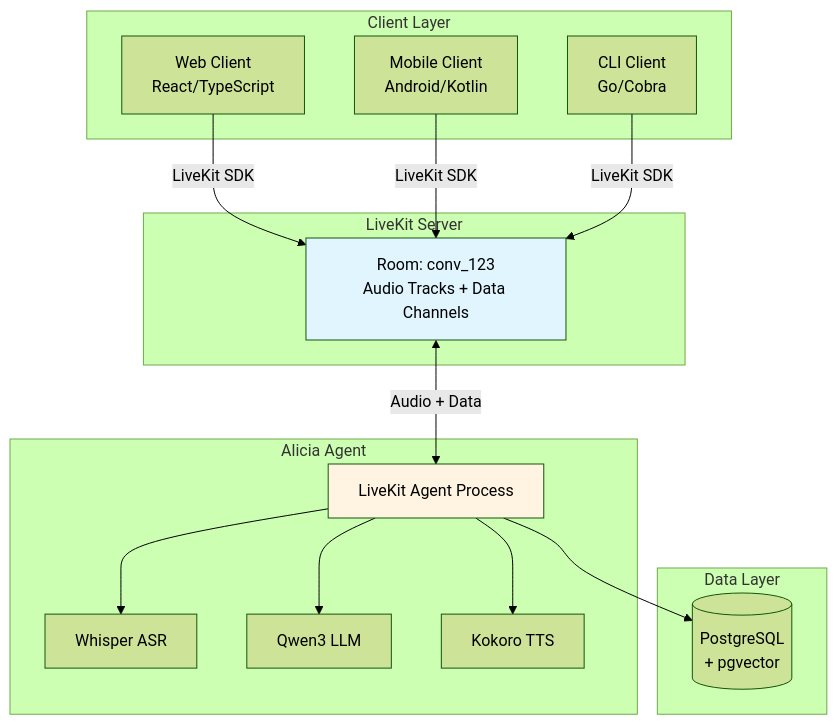
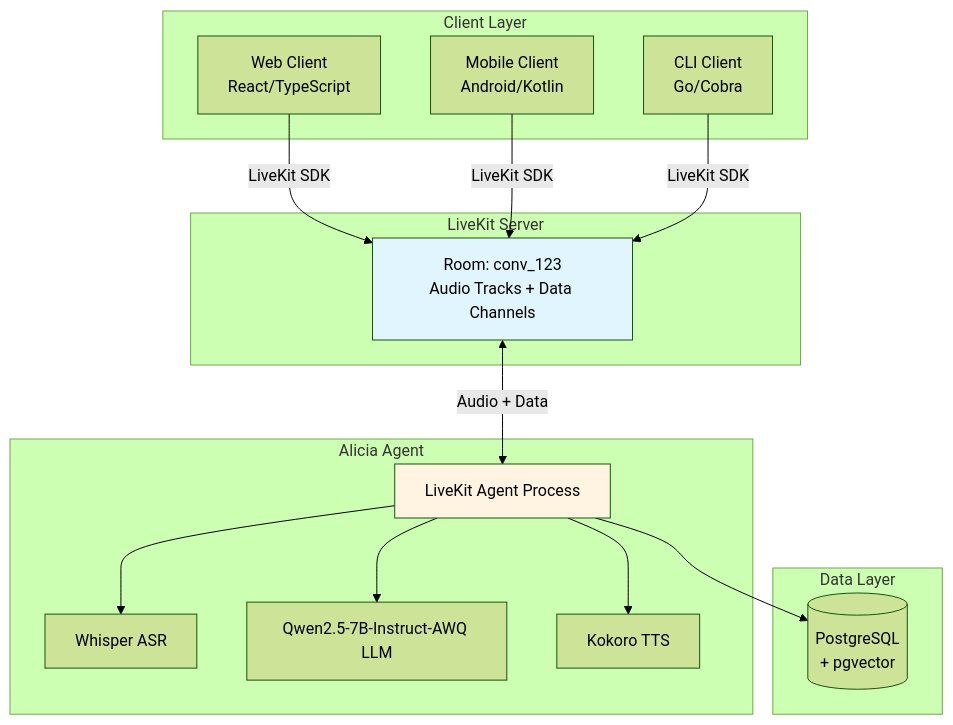
The first of 5 diagrams in docs/ARCHITECTURE.md (longregen/alicia), drawn with Mermaid (forest theme) before and after one commit. The commit also changed other lines of this file and 432 other files, not shown here.

````diff
--- a/docs/ARCHITECTURE.md
+++ b/docs/ARCHITECTURE.md
@@ -11,37 +9,37 @@
 ```mermaid
 graph TD
     subgraph "Client Layer"
         WebClient[Web Client<br/>React/TypeScript]
         MobileClient[Mobile Client<br/>Android/Kotlin]
         CLIClient[CLI Client<br/>Go/Cobra]
     end
 
     subgraph "LiveKit Server"
         Room[Room: conv_123<br/>Audio Tracks + Data Channels]
     end
 
     subgraph "Alicia Agent"
         Agent[LiveKit Agent Process]
         Whisper[Whisper ASR]
-        LLM[Qwen3 LLM]
+        LLM[Qwen2.5-7B-Instruct-AWQ LLM]
         TTS[Kokoro TTS]
     end
 
     subgraph "Data Layer"
         DB[(PostgreSQL<br/>+ pgvector)]
     end
 
     WebClient -->|LiveKit SDK| Room
     MobileClient -->|LiveKit SDK| Room
     CLIClient -->|LiveKit SDK| Room
 
     Room <-->|Audio + Data| Agent
 
     Agent --> Whisper
     Agent --> LLM
     Agent --> TTS
     Agent --> DB
 
     style Room fill:#e1f5ff
     style Agent fill:#fff4e1
 ```
````
